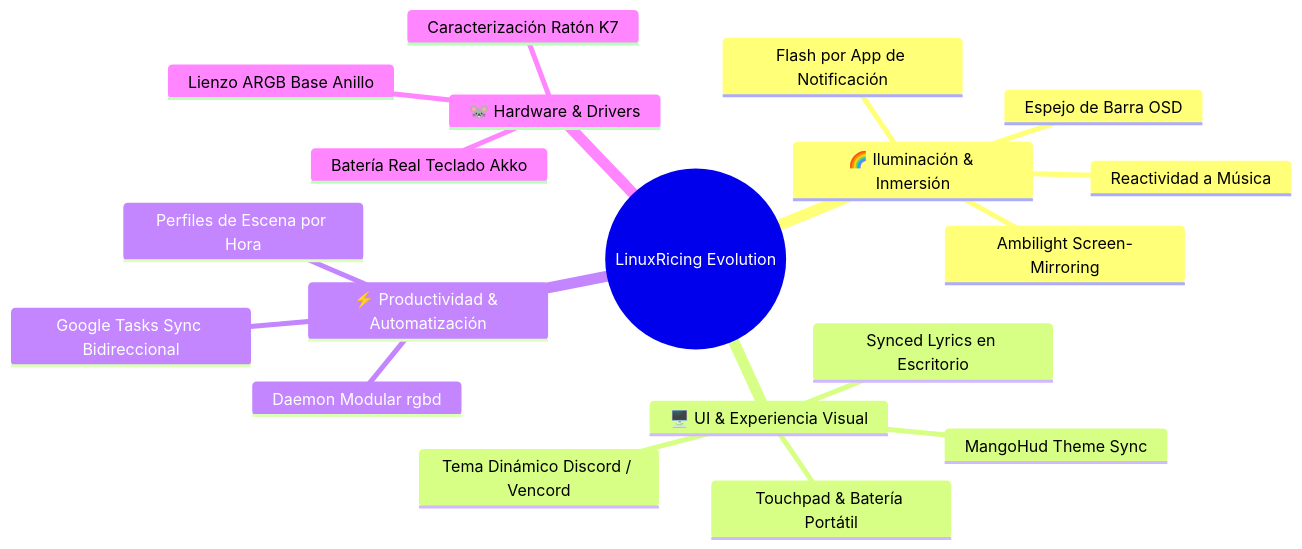
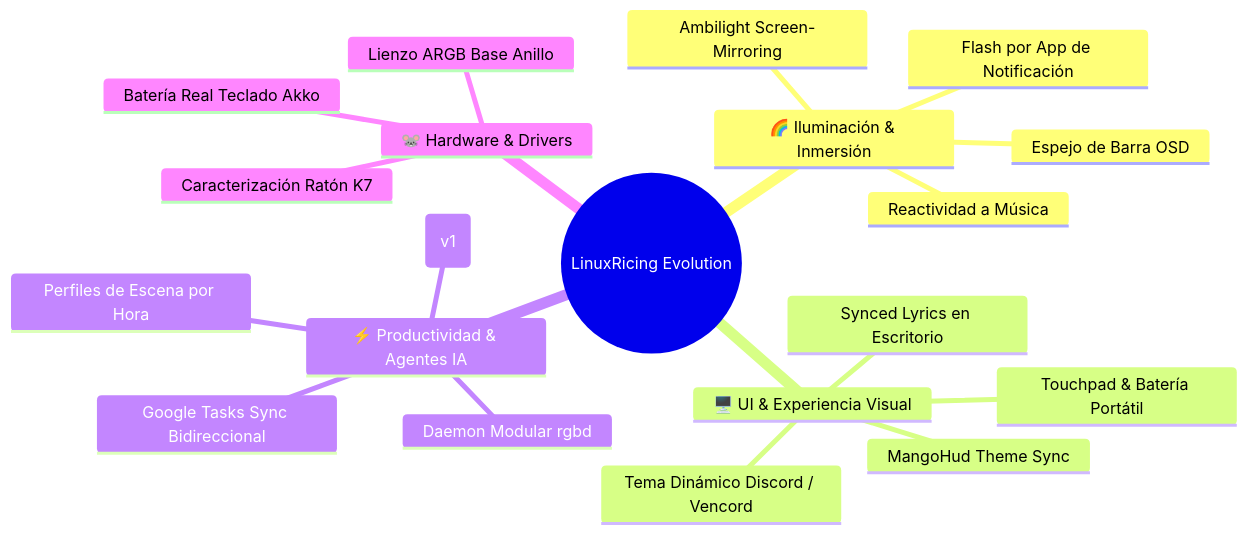
The diagram in vault/Rice LinuxRicing/00 - Arquitectura/Roadmap Maestro de Innovaciones.md (Alberviz/LinuxRicing), drawn with Mermaid before and after one commit. The commit also changed other lines of this file and 5 other files, not shown here.

Commit message:
docs(agents): runbook, feature note, error DB, roadmap and QA checklist for workspace pip notifications

````diff
--- a/vault/Rice LinuxRicing/00 - Arquitectura/Roadmap Maestro de Innovaciones.md
+++ b/vault/Rice LinuxRicing/00 - Arquitectura/Roadmap Maestro de Innovaciones.md
@@ -11,22 +11,23 @@
 ```mermaid
 mindmap
   root((LinuxRicing Evolution))
     🌈 Iluminación & Inmersión
       Ambilight Screen-Mirroring
       Flash por App de Notificación
       Espejo de Barra OSD
       Reactividad a Música
     🖥️ UI & Experiencia Visual
       Synced Lyrics en Escritorio
       Tema Dinámico Discord / Vencord
       MangoHud Theme Sync
       Touchpad & Batería Portátil
-    ⚡ Productividad & Automatización
+    ⚡ Productividad & Agentes IA
+      Notificaciones de Agentes en Workspace (v1)
       Google Tasks Sync Bidireccional
       Daemon Modular rgbd
       Perfiles de Escena por Hora
     🐭 Hardware & Drivers
       Caracterización Ratón K7
       Batería Real Teclado Akko
       Lienzo ARGB Base Anillo
 ```
````
